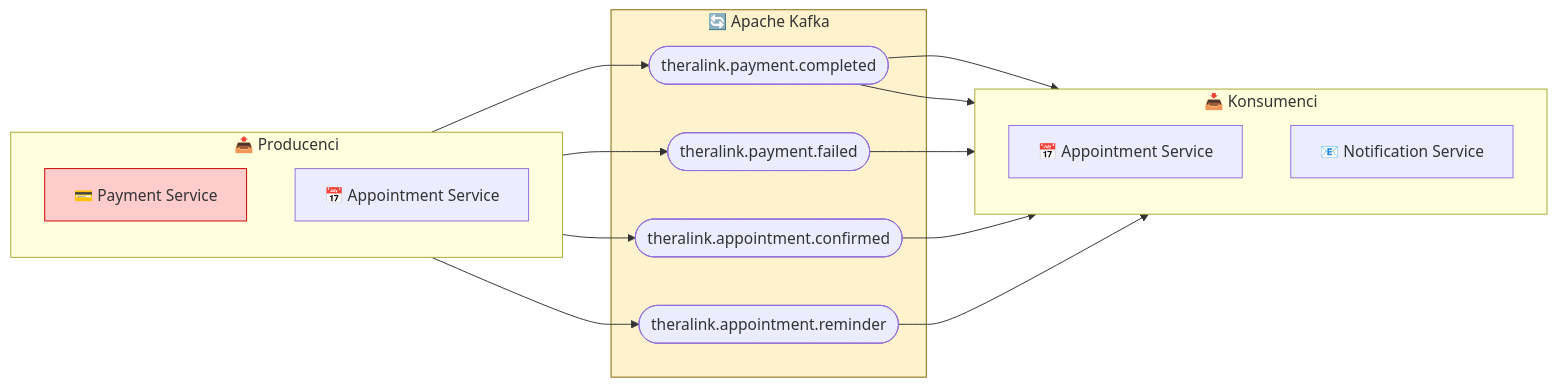
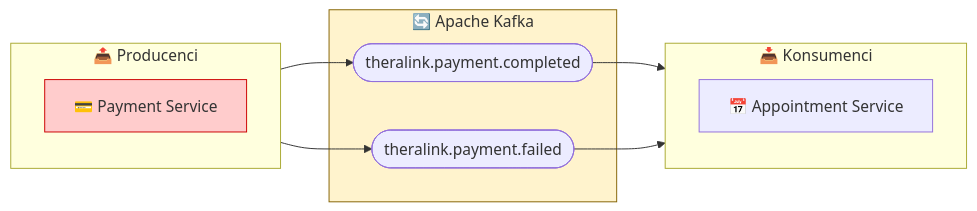
Before and after one commit to TheraLink1/thera-depr: the second of 5 diagrams in docs/architecture-diagram.md, drawn with Mermaid. The commit also changed other lines of this file and 17 other files, not shown here.

````diff
--- a/docs/architecture-diagram.md
+++ b/docs/architecture-diagram.md
@@ -79,30 +72,25 @@
 ```mermaid
 graph LR
     subgraph PROD["📤 Producenci"]
         direction TB
         PAY["💳 Payment Service"]
-        APPT_P["📅 Appointment Service"]
     end
 
     subgraph KAFKA_BOX["🔄 Apache Kafka"]
         T1(["theralink.payment.completed"])
         T2(["theralink.payment.failed"])
-        T3(["theralink.appointment.confirmed"])
-        T4(["theralink.appointment.reminder"])
     end
 
     subgraph CONS["📥 Konsumenci"]
         direction TB
         APPT_C["📅 Appointment Service"]
-        NOTIF["📧 Notification Service"]
     end
 
     PAY --> T1 & T2
-    APPT_P --> T3 & T4
 
     T1 --> APPT_C
-    T1 & T2 & T3 & T4 --> NOTIF
+    T2 --> APPT_C
 
     style KAFKA_BOX fill:#fff3cd,stroke:#856404
     style PAY fill:#ffcccc,stroke:#cc0000
 ```
````
